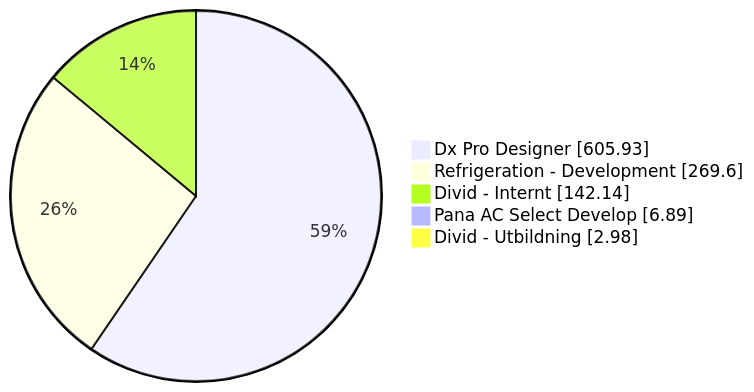
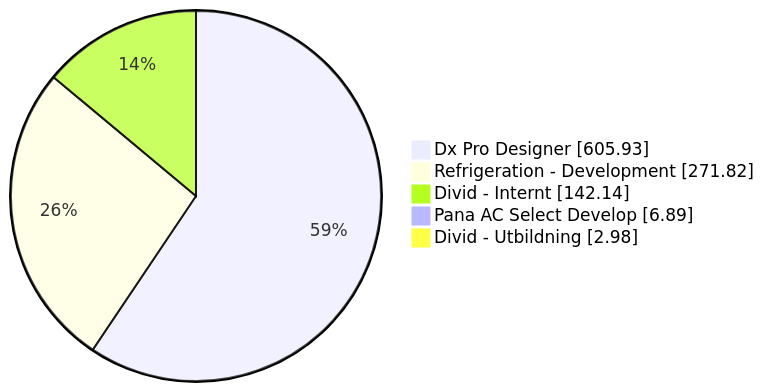
One commit to albinforsberg-netizen/timeclock changed the first of 5 diagrams in README.org. Above: the diagram before and after it, drawn with Mermaid. The commit also changed other lines of this file, not shown here.

```diff
--- a/README.org
+++ b/README.org
@@ -34,8 +34,8 @@
 #+begin_src mermaid
 pie showData
     "Dx Pro Designer" : 605.93
-    "Refrigeration - Development" : 269.60
+    "Refrigeration - Development" : 271.82
     "Divid - Internt" : 142.14
     "Pana AC Select Develop" : 6.89
     "Divid - Utbildning" : 2.98
 #+end_src
```
